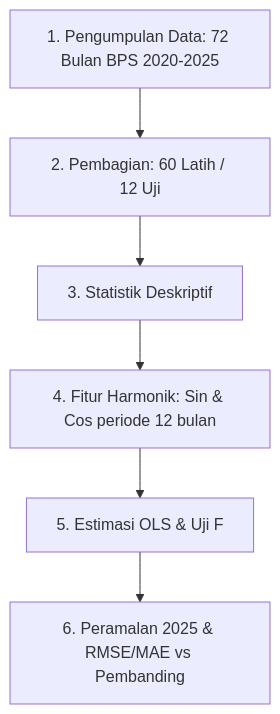
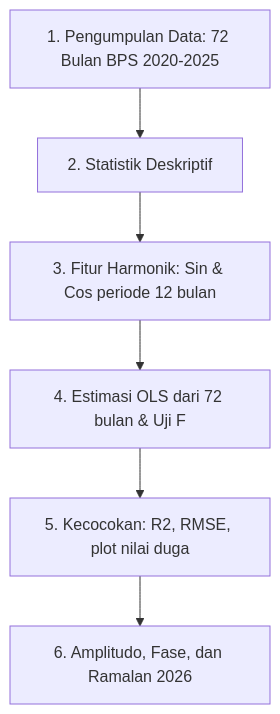
One commit to zoxervy/statistika changed the diagram in Statistika-RegresiHarmonik/06 Metode/Alur Regresi Harmonik.md. Above: the diagram before and after it, drawn with Mermaid. The commit also changed other lines of this file and 40 other files, not shown here.

First line of the commit message:
Revisi ke ramal 2026 tanpa data uji, dasar Kusdarwati (2023) dan Astuti (2018)

````diff
--- a/Statistika-RegresiHarmonik/06 Metode/Alur Regresi Harmonik.md
+++ b/Statistika-RegresiHarmonik/06 Metode/Alur Regresi Harmonik.md
@@ -10,8 +10,8 @@
 ```mermaid
 flowchart TD
-    A[1. Pengumpulan Data: 72 Bulan BPS 2020-2025] --> B[2. Pembagian: 60 Latih / 12 Uji]
-    B --> C[3. Statistik Deskriptif]
-    C --> D[4. Fitur Harmonik: Sin & Cos periode 12 bulan]
-    D --> E[5. Estimasi OLS & Uji F]
-    E --> F[6. Peramalan 2025 & RMSE/MAE vs Pembanding]
+    A[1. Pengumpulan Data: 72 Bulan BPS 2020-2025] --> B[2. Statistik Deskriptif]
+    B --> C[3. Fitur Harmonik: Sin & Cos periode 12 bulan]
+    C --> D[4. Estimasi OLS dari 72 bulan & Uji F]
+    D --> E[5. Kecocokan: R2, RMSE, plot nilai duga]
+    E --> F[6. Amplitudo, Fase, dan Ramalan 2026]
 ```
````
